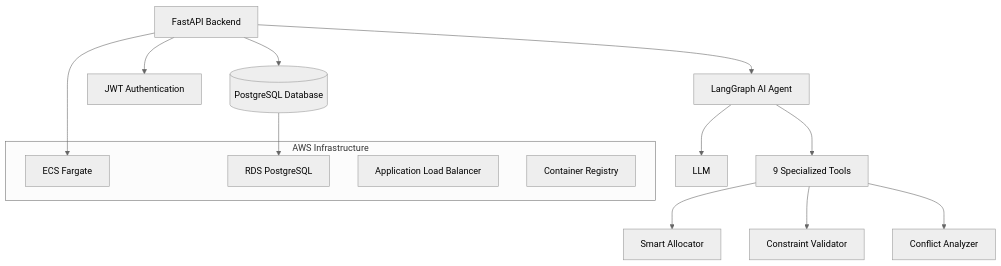
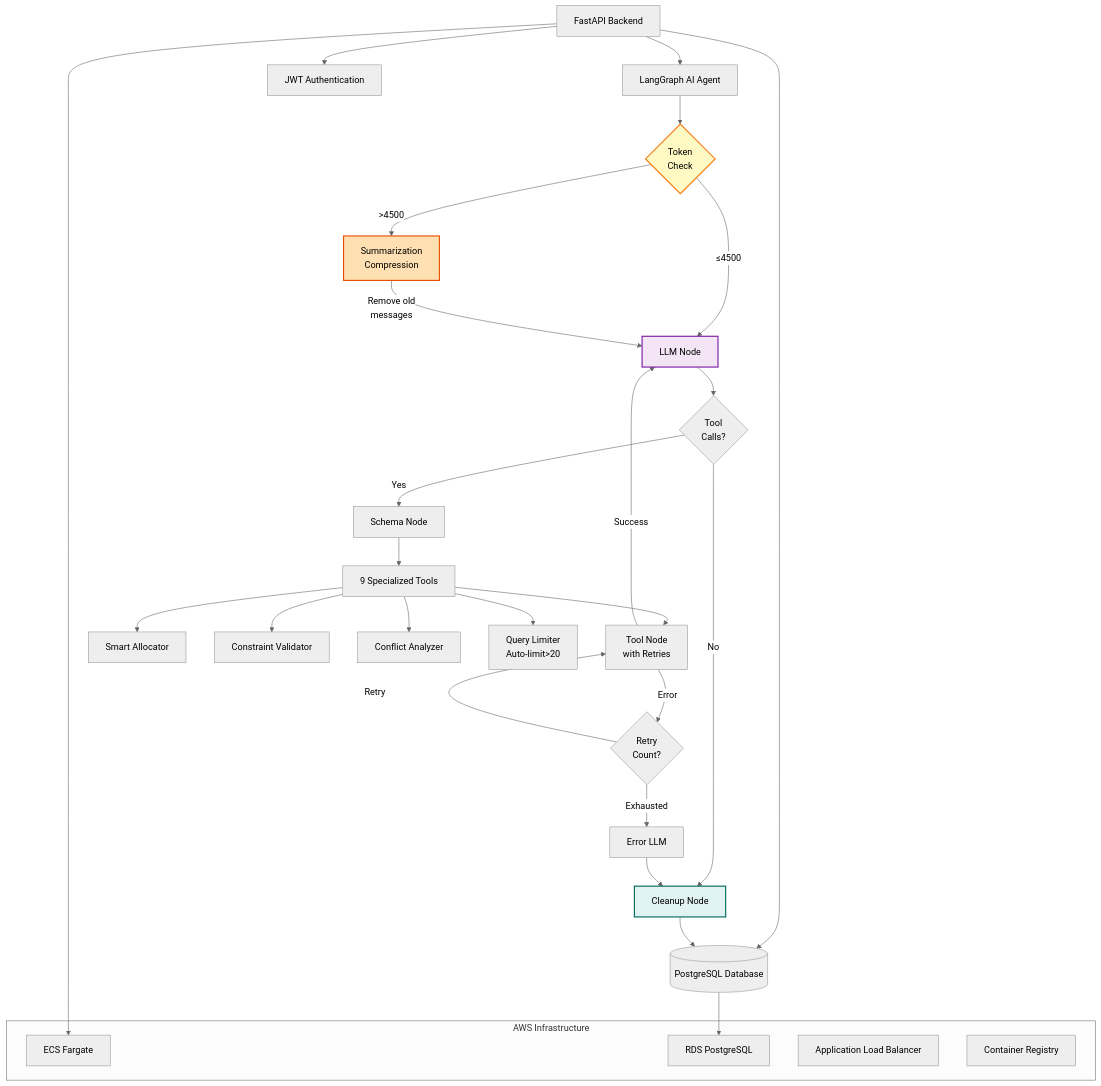
One commit to phaa/dyno-agent changed the first of 2 diagrams in README.md. Above: the diagram before and after it, drawn with Mermaid (neutral theme). The commit also changed other lines of this file and 26 other files, not shown here.

````diff
--- a/README.md
+++ b/README.md
@@ -89,24 +89,48 @@
 ```mermaid
 graph TB
     API[FastAPI Backend]
     API --> Agent[LangGraph AI Agent]
     API --> Auth[JWT Authentication]
     API --> DB[(PostgreSQL Database)]
     
-    Agent --> Tools[9 Specialized Tools]
-    Agent --> LLM
+    Agent --> CHECK{Token<br/>Check}
+    CHECK -->|≤4500| LLM[LLM Node]
+    CHECK -->|>4500| COMPRESS[Summarization<br/>Compression]
+    
+    COMPRESS -->|Remove old<br/>messages| LLM
+    
+    LLM --> ROUTE{Tool<br/>Calls?}
+    ROUTE -->|Yes| SCHEMA[Schema Node]
+    ROUTE -->|No| CLEANUP[Cleanup Node]
+    
+    SCHEMA --> Tools[9 Specialized Tools]
+    Tools --> TOOLS_NODE[Tool Node<br/>with Retries]
+    
+    TOOLS_NODE -->|Success| LLM
+    TOOLS_NODE -->|Error| RETRY{Retry<br/>Count?}
+    RETRY -->|Retry| TOOLS_NODE
+    RETRY -->|Exhausted| ERROR[Error LLM]
+    ERROR --> CLEANUP
     
     Tools --> Allocator[Smart Allocator]
     Tools --> Validator[Constraint Validator]
     Tools --> Analyzer[Conflict Analyzer]
+    Tools --> QueryLimit[Query Limiter<br/>Auto-limit>20]
+    
+    CLEANUP --> DB
     
     subgraph "AWS Infrastructure"
         ECS[ECS Fargate]
         RDS[RDS PostgreSQL]
         ALB[Application Load Balancer]
         ECR[Container Registry]
     end
     
     API --> ECS
     DB --> RDS
+    
+    style CHECK fill:#fff9c4,stroke:#f57f17,stroke-width:2px
+    style COMPRESS fill:#ffe0b2,stroke:#e65100,stroke-width:2px
+    style LLM fill:#f3e5f5,stroke:#7b1fa2,stroke-width:2px
+    style CLEANUP fill:#e0f2f1,stroke:#00695c,stroke-width:2px
 ```
````
